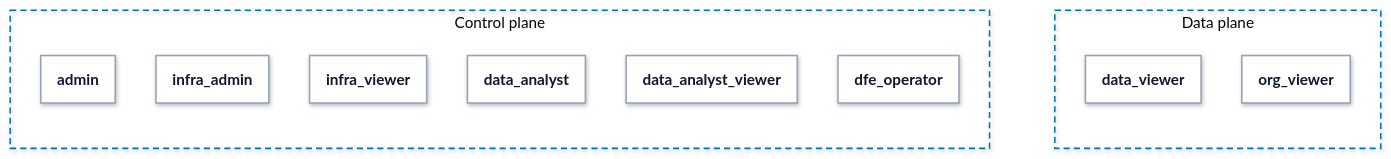
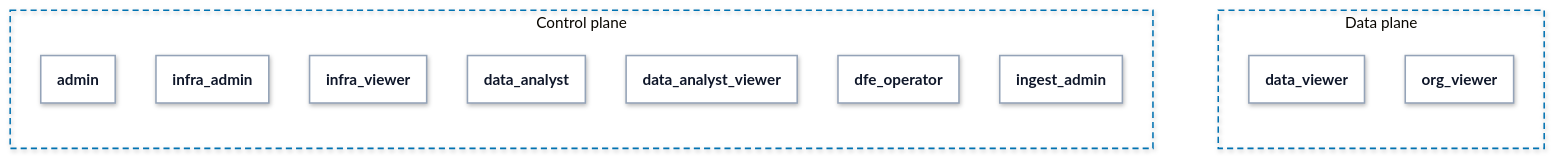
Before and after one commit to hyperi-io/dfe-engine: the third of 8 diagrams in docs/control-plane/rbac.md, drawn with Mermaid. The commit also changed other lines of this file and 12 other files, not shown here.

First line of the commit message:
fix(auth): add ingest_admin for machine feeds

```diff
--- a/docs/control-plane/rbac.md
+++ b/docs/control-plane/rbac.md
@@ -354,7 +354,7 @@
 ---
 flowchart LR
   accTitle: L4 Detail -- Built-in roles
-  accDescr: Six built-in roles grant control-plane actions: admin, infra_admin, infra_viewer, data_analyst, data_analyst_viewer and dfe_operator. Two grant data-plane reads: data_viewer and the scoped org_viewer.
+  accDescr: Seven built-in roles grant control-plane actions: admin, infra_admin, infra_viewer, data_analyst, data_analyst_viewer, dfe_operator and ingest_admin. Two grant data-plane reads: data_viewer and the scoped org_viewer.
 
   subgraph ctrl["Control plane"]
     direction TB
@@ -364,6 +364,7 @@
     data_analyst["<b>data_analyst</b>"]
     data_analyst_viewer["<b>data_analyst_viewer</b>"]
     dfe_operator["<b>dfe_operator</b>"]
+    ingest_admin["<b>ingest_admin</b>"]
   end
 
   subgraph dataplane["Data plane"]
@@ -373,7 +374,7 @@
   end
 
   ctrl ~~~ dataplane
-  class admin,infra_admin,infra_viewer,data_analyst,data_analyst_viewer,dfe_operator,data_viewer,org_viewer part
+  class admin,infra_admin,infra_viewer,data_analyst,data_analyst_viewer,dfe_operator,ingest_admin,data_viewer,org_viewer part
   classDef ext fill:#F4F6F8,stroke:#94A3B8,stroke-width:1.5px,stroke-dasharray:5 4,color:#0F172A
   classDef ingest fill:#FFFFFF,stroke:#0E8A7D,stroke-width:3px,color:#0F172A
   classDef xform fill:#FFFFFF,stroke:#7B4FB0,stroke-width:3px,color:#0F172A
```
